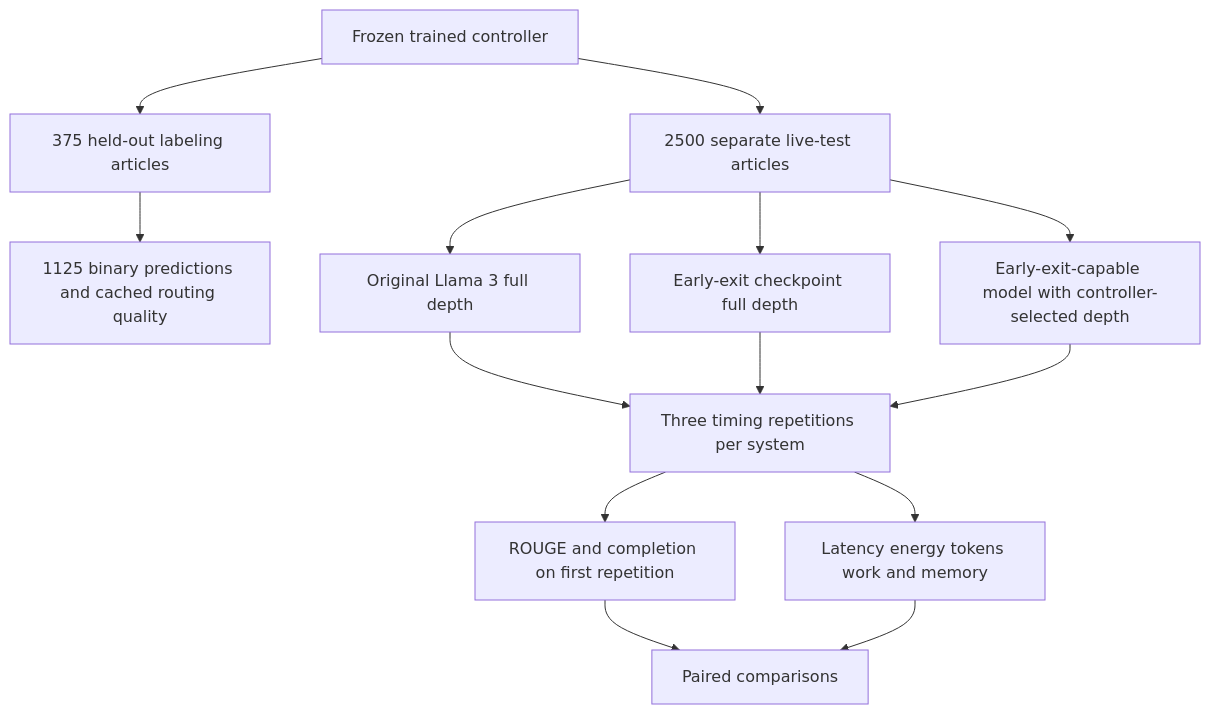
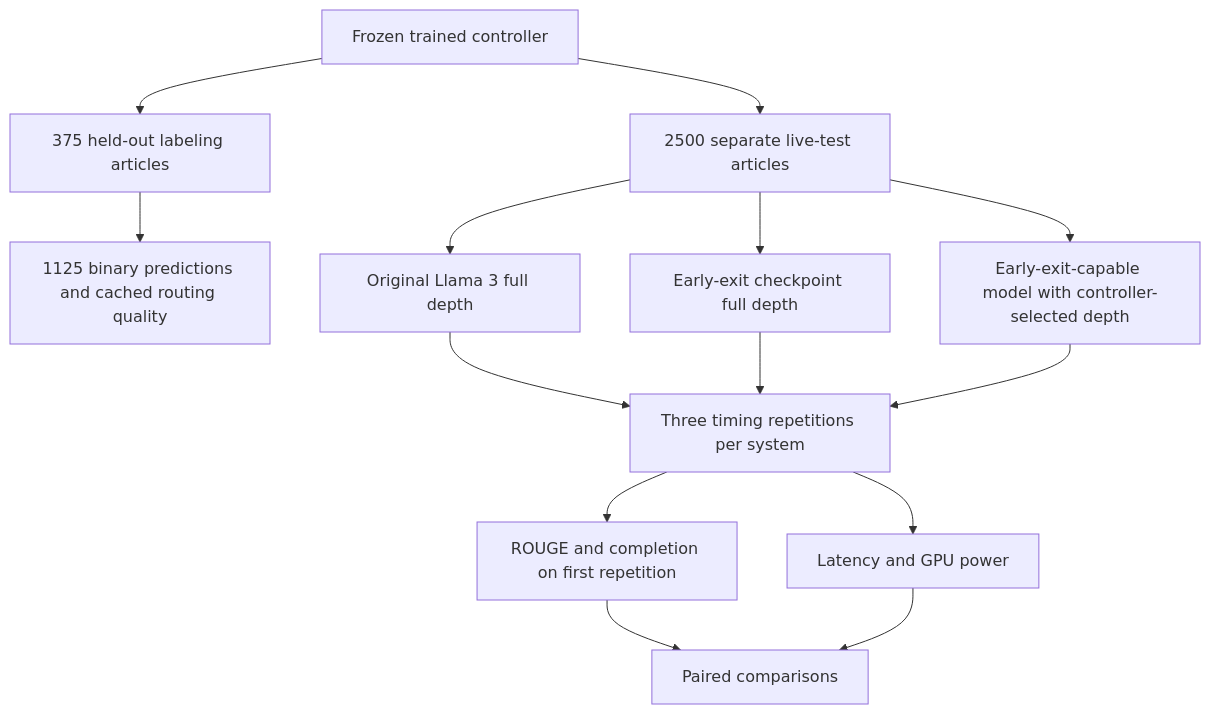
The diagram in research-paper-v6.1/evaluation.md (Rami2212/PSSN-LLM-Reasoning), drawn with Mermaid before and after one commit. The commit also changed other lines of this file and 5 other files, not shown here.

````diff
--- a/research-paper-v6.1/evaluation.md
+++ b/research-paper-v6.1/evaluation.md
@@ -81,16 +78,16 @@
 ```mermaid
 flowchart TD
     A[Frozen trained controller] --> B[375 held-out labeling articles]
     B --> C[1125 binary predictions and cached routing quality]
     A --> D[2500 separate live-test articles]
     D --> E[Original Llama 3 full depth]
     D --> F[Early-exit checkpoint full depth]
     D --> G[Early-exit-capable model with controller-selected depth]
     E --> H[Three timing repetitions per system]
     F --> H
     G --> H
     H --> I[ROUGE and completion on first repetition]
-    H --> J[Latency energy tokens work and memory]
+    H --> J[Latency and GPU power]
     I --> K[Paired comparisons]
     J --> K
 ```
````
